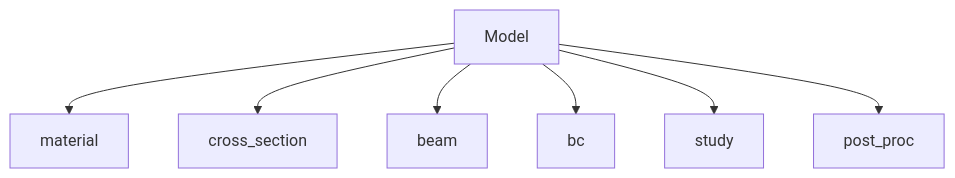
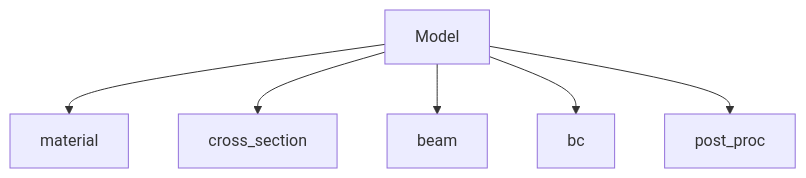
One commit to airinnova/framat changed the first of 18 diagrams in docs/source/api/model_api.rst. Above: the diagram before and after it, drawn with Mermaid. The commit also changed other lines of this file and 10 other files, not shown here.

```diff
--- a/docs/source/api/model_api.rst
+++ b/docs/source/api/model_api.rst
@@ -9,10 +9,9 @@
 .. mermaid::
 
     graph TD
     A[Model]
     A --> F0[material]
     A --> F1[cross_section]
     A --> F2[beam]
     A --> F3[bc]
-    A --> F4[study]
-    A --> F5[post_proc]
+    A --> F4[post_proc]
```
